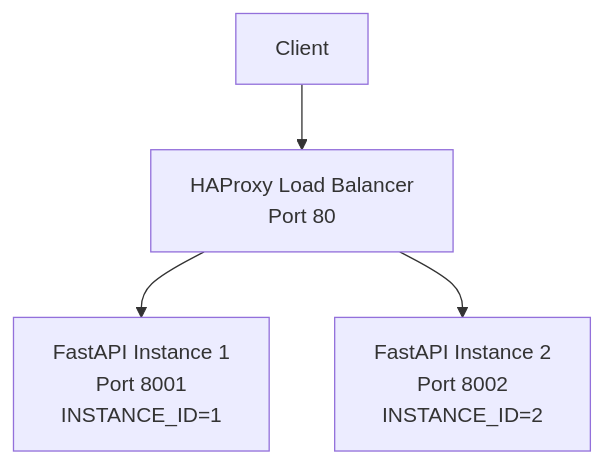
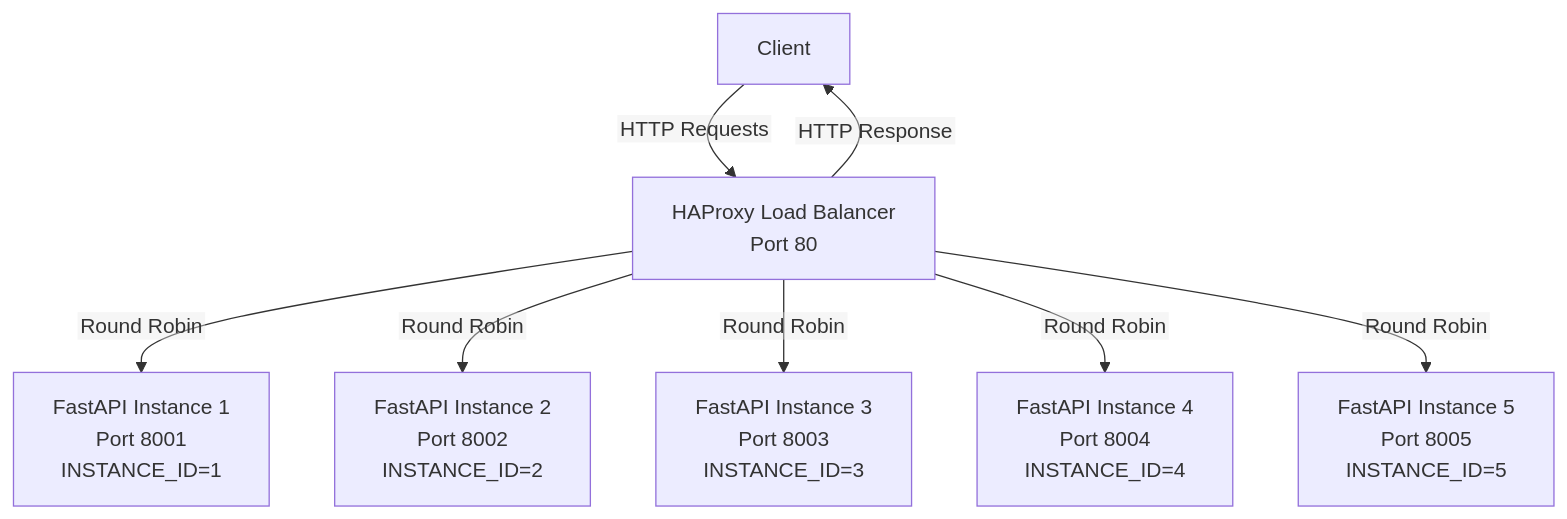
One commit to mariscalromeroalejandro/load-balancer-haproxy-fastAPI changed the diagram in README.md. Above: the diagram before and after it, drawn with Mermaid. The commit also changed other lines of this file and 2 other files, not shown here.

Commit message:
feat: scale FastAPI instances from 2 to 5 for improved load distribution

````diff
--- a/README.md
+++ b/README.md
@@ -7,6 +7,12 @@
 ```mermaid
+%%{init: {"flowchart": {"htmlLabels": false}} }%%
 graph TD
-    A[Client] --> B[HAProxy Load Balancer<br/>Port 80]
-    B --> C[FastAPI Instance 1<br/>Port 8001<br/>INSTANCE_ID=1]
-    B --> D[FastAPI Instance 2<br/>Port 8002<br/>INSTANCE_ID=2]
+    A[Client] -->|HTTP Requests| B[HAProxy Load Balancer<br/>Port 80]
+    B -->|Round Robin| C[FastAPI Instance 1<br/>Port 8001<br/>INSTANCE_ID=1]
+    B -->|Round Robin| D[FastAPI Instance 2<br/>Port 8002<br/>INSTANCE_ID=2]
+    B -->|Round Robin| E[FastAPI Instance 3<br/>Port 8003<br/>INSTANCE_ID=3]
+    B -->|Round Robin| F[FastAPI Instance 4<br/>Port 8004<br/>INSTANCE_ID=4]
+    B -->|Round Robin| G[FastAPI Instance 5<br/>Port 8005<br/>INSTANCE_ID=5]
+
+    B -->|HTTP Response| A
 ```
````
